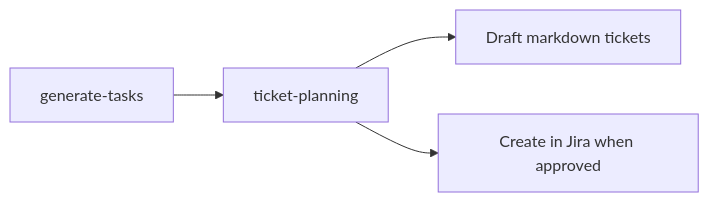
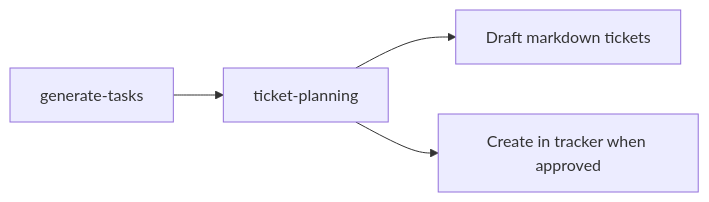
One commit to igmarin/my-RoR-personal-skills changed the fourth of 15 diagrams in docs/workflow-guide.md. Above: the diagram before and after it, drawn with Mermaid. The commit also changed other lines of this file and 81 other files, not shown here.

````diff
--- a/docs/workflow-guide.md
+++ b/docs/workflow-guide.md
@@ -268,6 +268,6 @@
 ```mermaid
 flowchart LR
     D[generate-tasks] --> J[ticket-planning]
     J --> K[Draft markdown tickets]
-    J --> L[Create in Jira when approved]
+    J --> L[Create in tracker when approved]
 ```
````
